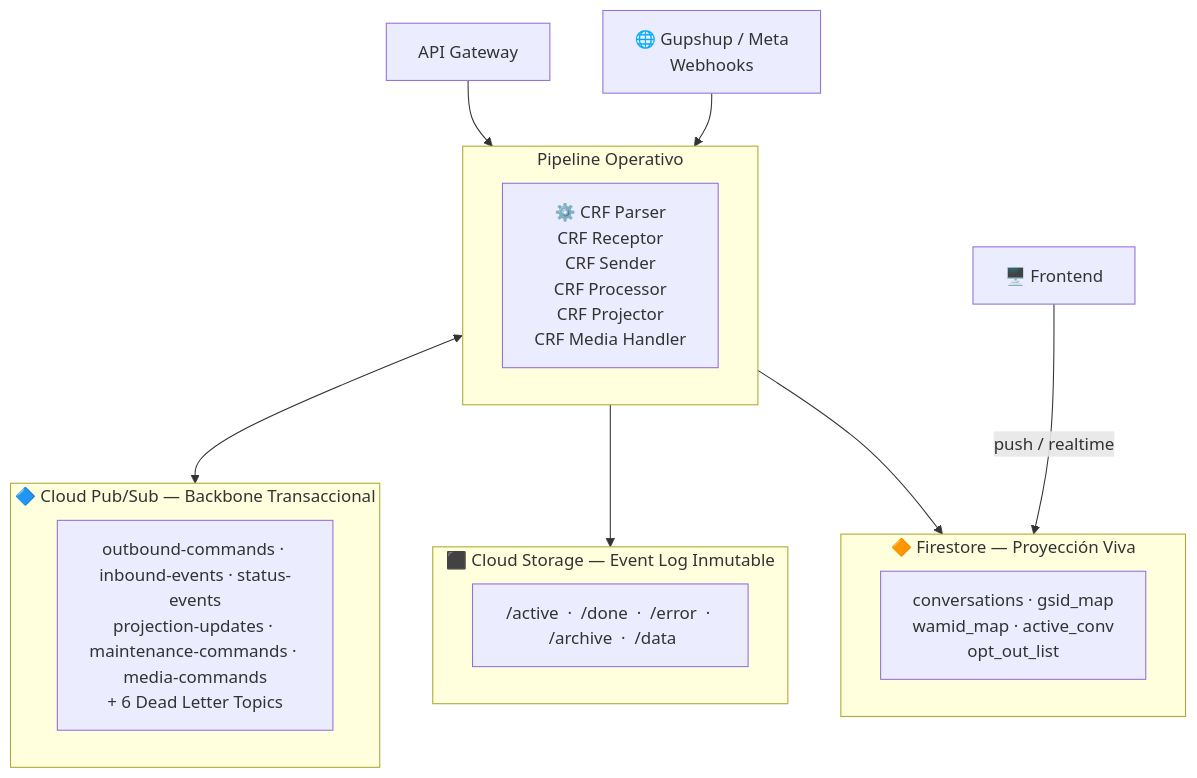
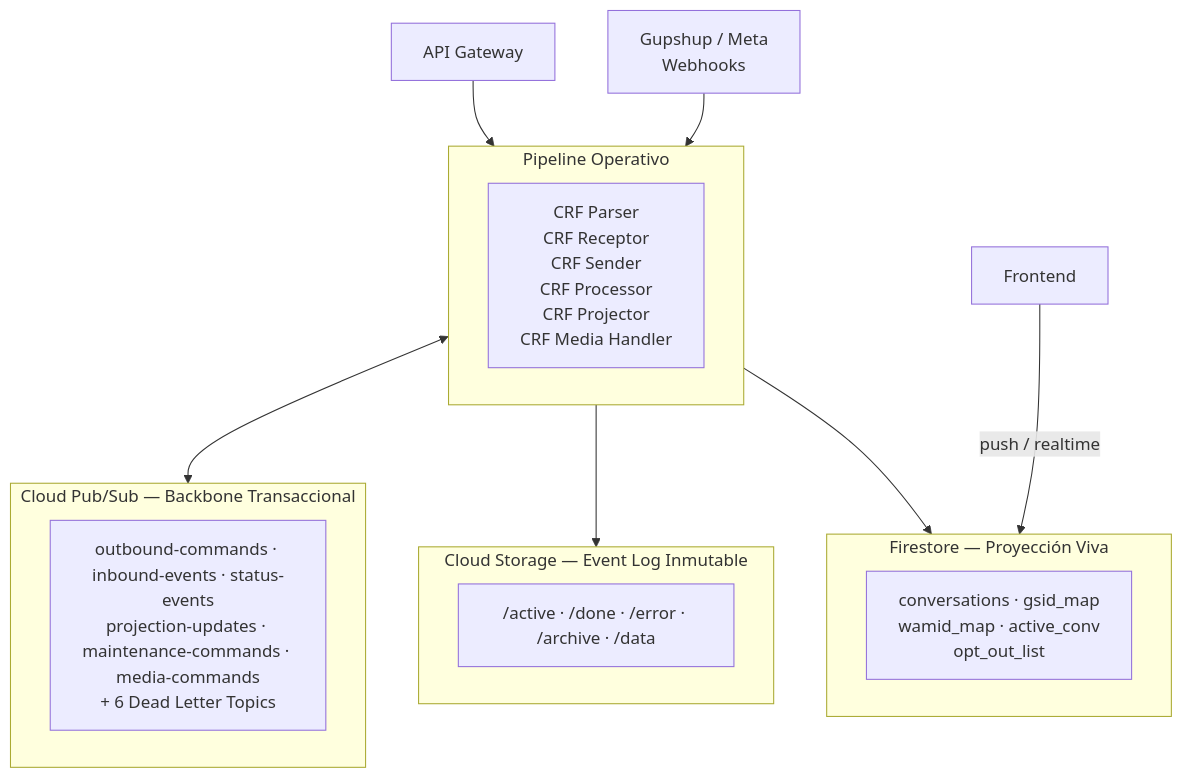
The first of 10 diagrams in vitesse_terraform_design.md (marioguaqueta/vitesse-message-pub-sub-service), drawn with Mermaid before and after one commit. The commit also changed other lines of this file and 1 other file, not shown here.

````diff
--- a/vitesse_terraform_design.md
+++ b/vitesse_terraform_design.md
@@ -48,30 +48,30 @@
 ```mermaid
 graph TB
-    FE["🖥️ Frontend"]
-    API["API Gateway"]
-    EXT["🌐 Gupshup / Meta\nWebhooks"]
+  FE["Frontend"]
+  API["API Gateway"]
+  EXT["Gupshup / Meta\nWebhooks"]
 
-    subgraph PIPELINE["Pipeline Operativo"]
-        direction LR
-        P["⚙️ CRF Parser\nCRF Receptor\nCRF Sender\nCRF Processor\nCRF Projector\nCRF Media Handler"]
-    end
+  subgraph PIPELINE["Pipeline Operativo"]
+    direction LR
+    P["CRF Parser\nCRF Receptor\nCRF Sender\nCRF Processor\nCRF Projector\nCRF Media Handler"]
+  end
 
-    subgraph LAYER3["🔶 Firestore — Proyección Viva"]
-        FS["conversations · gsid_map\nwamid_map · active_conv\nopt_out_list"]
-    end
+  subgraph LAYER3["Firestore — Proyección Viva"]
+    FS["conversations · gsid_map\nwamid_map · active_conv\nopt_out_list"]
+  end
 
-    subgraph LAYER2["🔷 Cloud Pub/Sub — Backbone Transaccional"]
-        PS["outbound-commands · inbound-events · status-events\nprojection-updates · maintenance-commands · media-commands\n+ 6 Dead Letter Topics"]
-    end
+  subgraph LAYER2["Cloud Pub/Sub — Backbone Transaccional"]
+    PS["outbound-commands · inbound-events · status-events\nprojection-updates · maintenance-commands · media-commands\n+ 6 Dead Letter Topics"]
+  end
 
-    subgraph LAYER1["⬛ Cloud Storage — Event Log Inmutable"]
-        GCS["/active  ·  /done  ·  /error  ·  /archive  ·  /data"]
-    end
+  subgraph LAYER1["Cloud Storage — Event Log Inmutable"]
+    GCS["/active · /done · /error · /archive · /data"]
+  end
 
-    API --> PIPELINE
-    EXT --> PIPELINE
-    PIPELINE <--> LAYER2
-    PIPELINE --> LAYER1
-    PIPELINE --> LAYER3
-    FE -->|push / realtime| LAYER3
+  API --> PIPELINE
+  EXT --> PIPELINE
+  PIPELINE <--> LAYER2
+  PIPELINE --> LAYER1
+  PIPELINE --> LAYER3
+  FE -->|push / realtime| LAYER3
 ```
````
